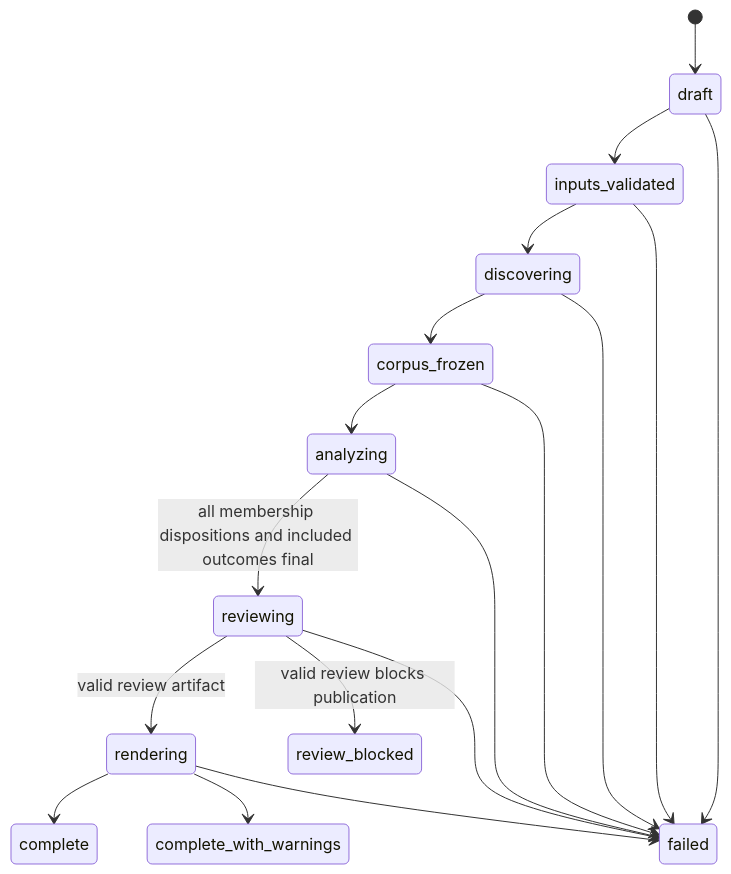
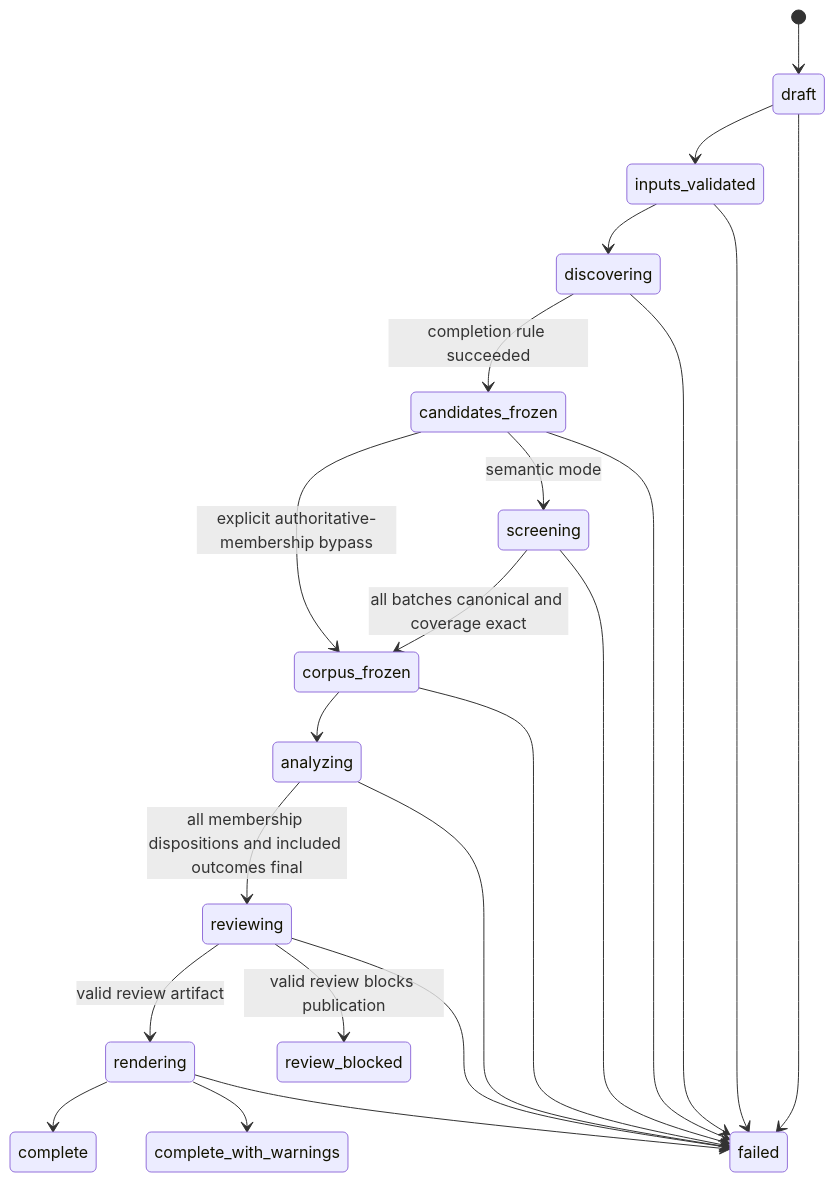
One commit to seiers24/arxiv-triage changed the third of 9 diagrams in docs/specs/01-core-investigation-platform.md. Above: the diagram before and after it, drawn with Mermaid. The commit also changed other lines of this file and 377 other files, not shown here.

````diff
--- a/docs/specs/01-core-investigation-platform.md
+++ b/docs/specs/01-core-investigation-platform.md
@@ -162,20 +186,25 @@
 ```mermaid
 stateDiagram-v2
     [*] --> draft
     draft --> inputs_validated
     inputs_validated --> discovering
-    discovering --> corpus_frozen
+    discovering --> candidates_frozen: completion rule succeeded
+    candidates_frozen --> screening: semantic mode
+    screening --> corpus_frozen: all batches canonical and coverage exact
+    candidates_frozen --> corpus_frozen: explicit authoritative-membership bypass
     corpus_frozen --> analyzing
     analyzing --> reviewing: all membership dispositions and included outcomes final
     reviewing --> rendering: valid review artifact
     reviewing --> review_blocked: valid review blocks publication
     rendering --> complete
     rendering --> complete_with_warnings
     draft --> failed
     inputs_validated --> failed
     discovering --> failed
+    candidates_frozen --> failed
+    screening --> failed
     corpus_frozen --> failed
     analyzing --> failed
     reviewing --> failed
     rendering --> failed
 ```
````
